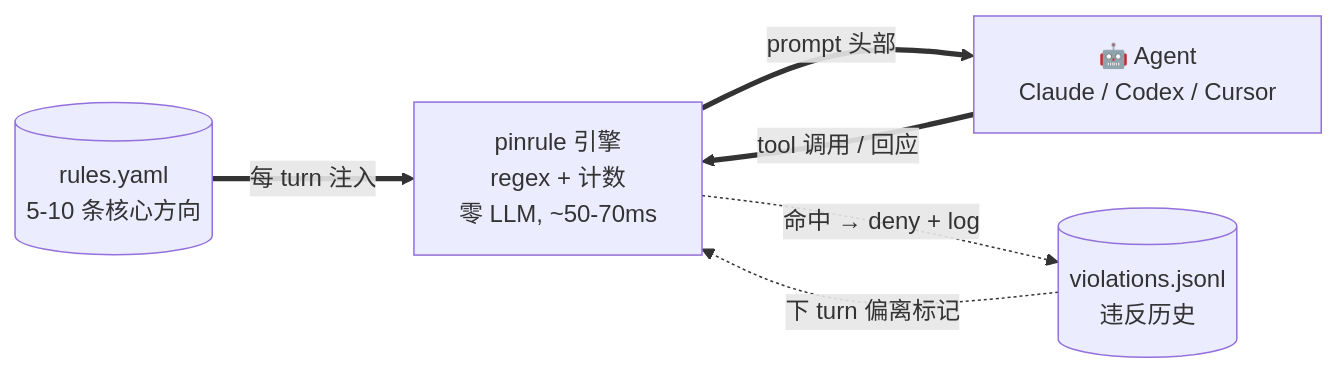
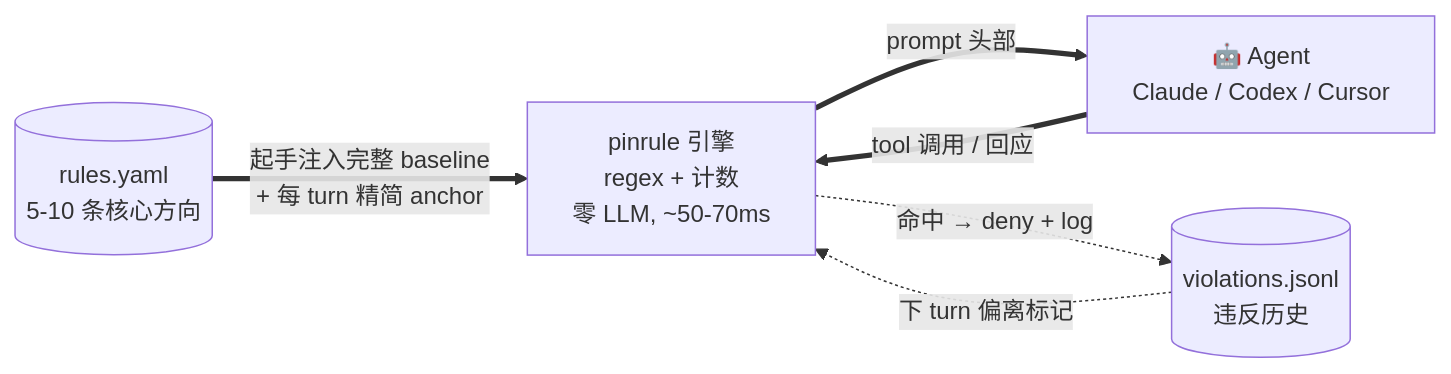
One commit to jhaizhou-ops/pinrule changed the first of 2 diagrams in README.zh.md. Above: the diagram before and after it, drawn with Mermaid. The commit also changed other lines of this file and 1 other file, not shown here.

````diff
--- a/README.zh.md
+++ b/README.zh.md
@@ -243,13 +256,13 @@
 ```mermaid
 flowchart LR
     R[(rules.yaml<br/>5-10 条核心方向)]
     K[pinrule 引擎<br/>regex + 计数<br/>零 LLM, ~50-70ms]
     A[🤖 Agent<br/>Claude / Codex / Cursor]
     V[(violations.jsonl<br/>违反历史)]
 
-    R ==>|每 turn 注入| K
+    R ==>|起手注入完整 baseline<br/>+ 每 turn 精简 anchor| K
     K ==>|prompt 头部| A
     A ==>|tool 调用 / 回应| K
     K -.->|命中 → deny + log| V
     V -.->|下 turn 偏离标记| K
 ```
````
